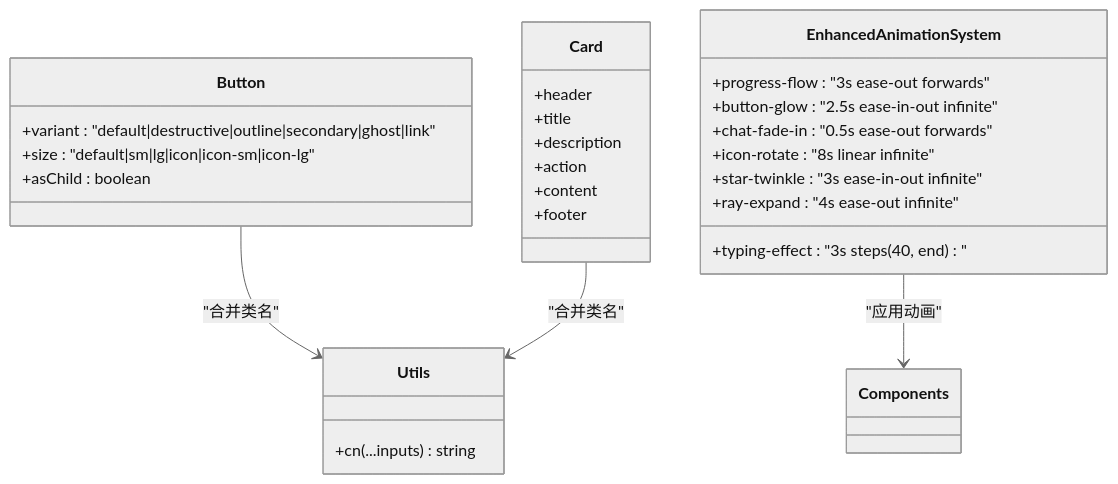
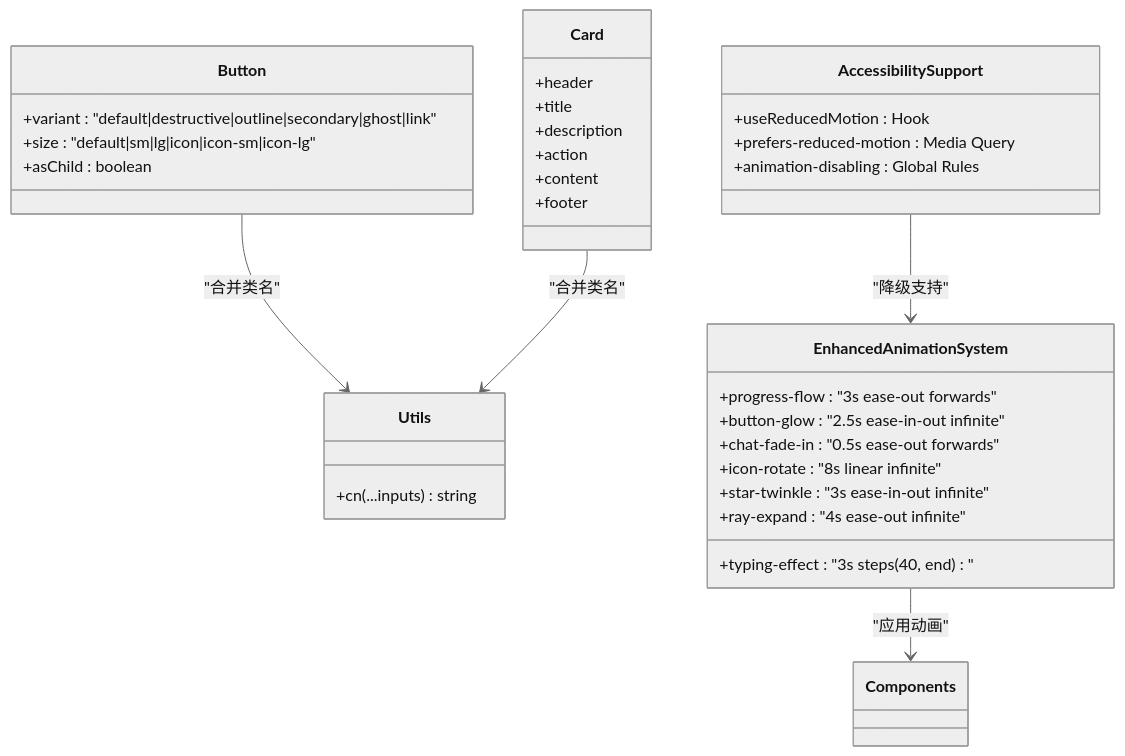
One commit to Primoguo/naolizhi.cn changed the third of 4 diagrams in .qoder/repowiki/zh/content/样式系统.md. Above: the diagram before and after it, drawn with Mermaid (neutral theme). The commit also changed other lines of this file and 73 other files, not shown here.

````diff
--- a/.qoder/repowiki/zh/content/样式系统.md
+++ b/.qoder/repowiki/zh/content/样式系统.md
@@ -312,31 +352,37 @@
 ```mermaid
 classDiagram
 class Button {
 +variant : "default|destructive|outline|secondary|ghost|link"
 +size : "default|sm|lg|icon|icon-sm|icon-lg"
 +asChild : boolean
 }
 class Card {
 +header
 +title
 +description
 +action
 +content
 +footer
 }
 class Utils {
 +cn(...inputs) string
 }
 class EnhancedAnimationSystem {
 +progress-flow : "3s ease-out forwards"
 +button-glow : "2.5s ease-in-out infinite"
 +chat-fade-in : "0.5s ease-out forwards"
 +typing-effect : "3s steps(40, end)"
 +icon-rotate : "8s linear infinite"
 +star-twinkle : "3s ease-in-out infinite"
 +ray-expand : "4s ease-out infinite"
 }
+class AccessibilitySupport {
++useReducedMotion : Hook
++prefers-reduced-motion : Media Query
++animation-disabling : Global Rules
+}
 Button --> Utils : "合并类名"
 Card --> Utils : "合并类名"
 EnhancedAnimationSystem --> Components : "应用动画"
+AccessibilitySupport --> EnhancedAnimationSystem : "降级支持"
 ```
````
